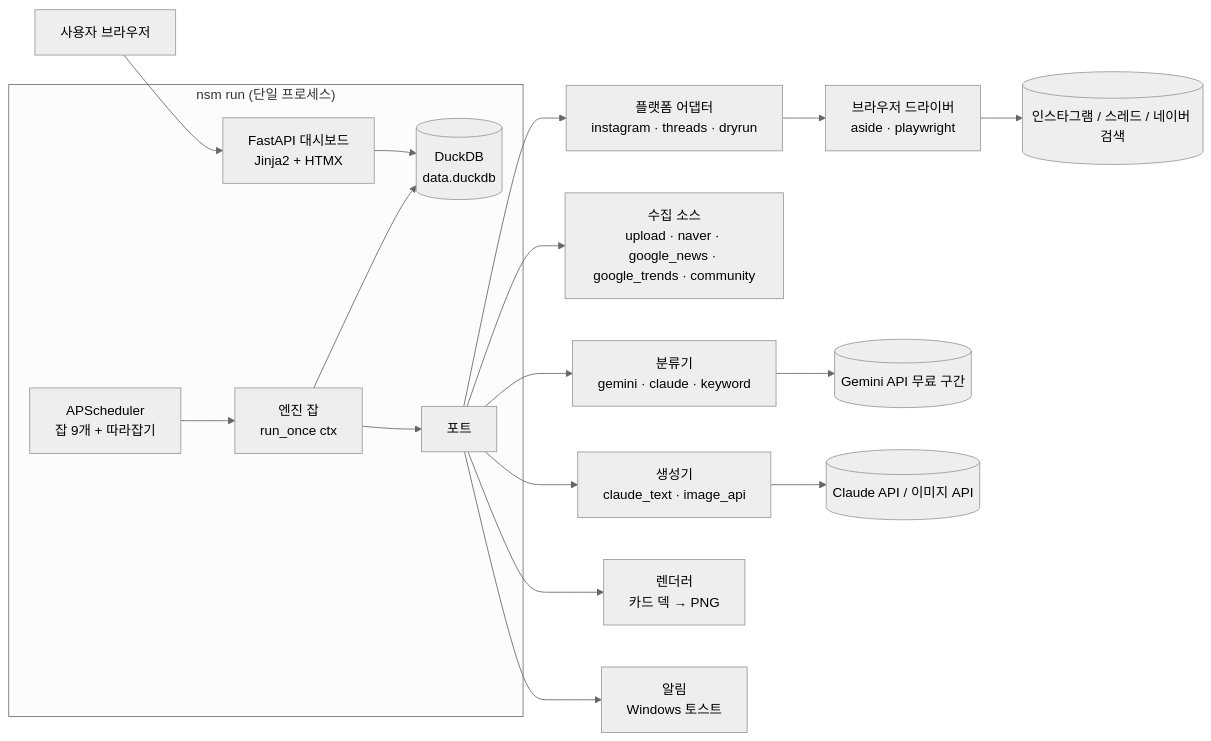
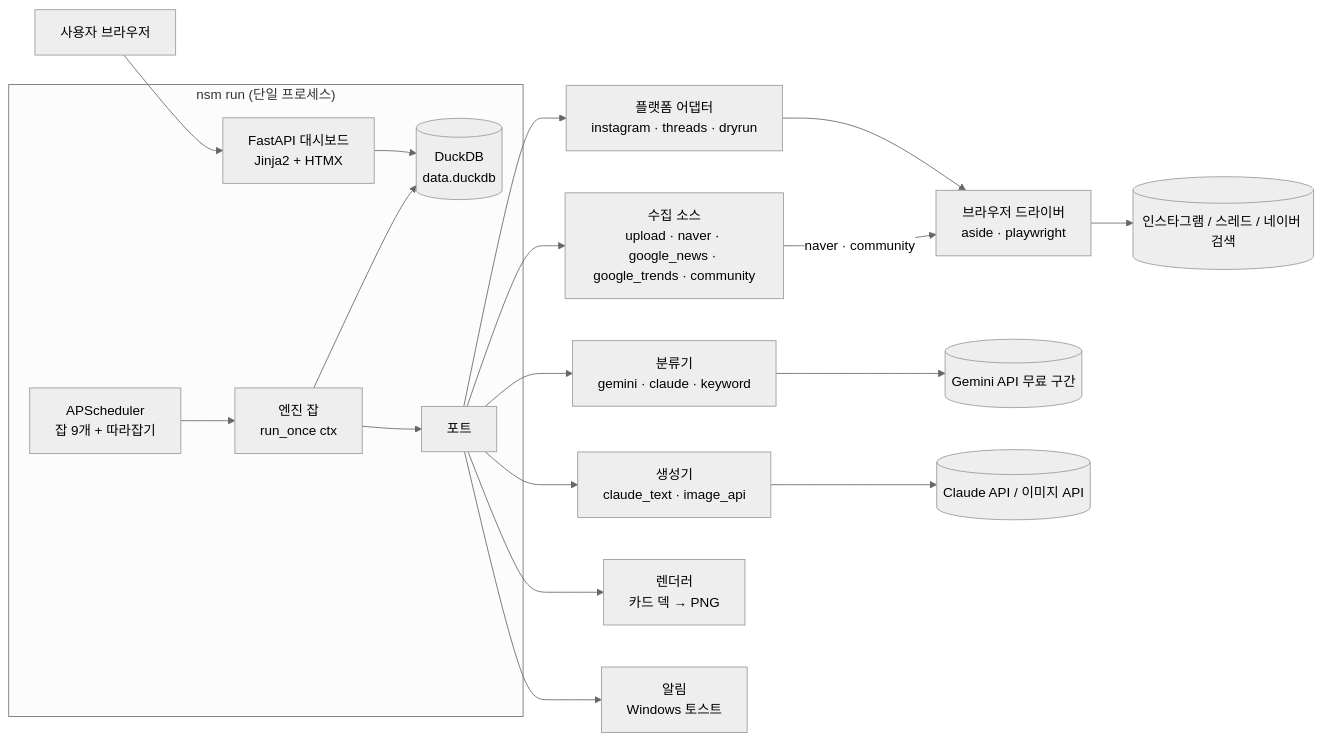
Before and after one commit to idktomorrow/non-sleep-marketer: the diagram in README.md, drawn with Mermaid (neutral theme). The commit also changed other lines of this file and 3 other files, not shown here.

First line of the commit message:
docs: correct README and architecture facts (C57)

````diff
--- a/README.md
+++ b/README.md
@@ -60,20 +60,21 @@
 ```mermaid
 flowchart LR
   subgraph P["nsm run (단일 프로세스)"]
     S[APScheduler<br/>잡 9개 + 따라잡기] --> E[엔진 잡<br/>run_once ctx]
     W[FastAPI 대시보드<br/>Jinja2 + HTMX] --> R[(DuckDB<br/>data.duckdb)]
     E --> R
     E --> PT[포트]
   end
   PT --> PA[플랫폼 어댑터<br/>instagram · threads · dryrun]
   PT --> SRC[수집 소스<br/>upload · naver · google_news · google_trends · community]
   PT --> CL[분류기<br/>gemini · claude · keyword]
   PT --> GEN[생성기<br/>claude_text · image_api]
   PT --> RD[렌더러<br/>카드 덱 → PNG]
   PT --> NT[알림<br/>Windows 토스트]
   PA --> DRV[브라우저 드라이버<br/>aside · playwright]
+  SRC -->|naver · community| DRV
   DRV --> Web[(인스타그램 / 스레드 / 네이버 검색)]
   CL --> GM[(Gemini API 무료 구간)]
   GEN --> API[(Claude API / 이미지 API)]
   U[사용자 브라우저] --> W
 ```
````
